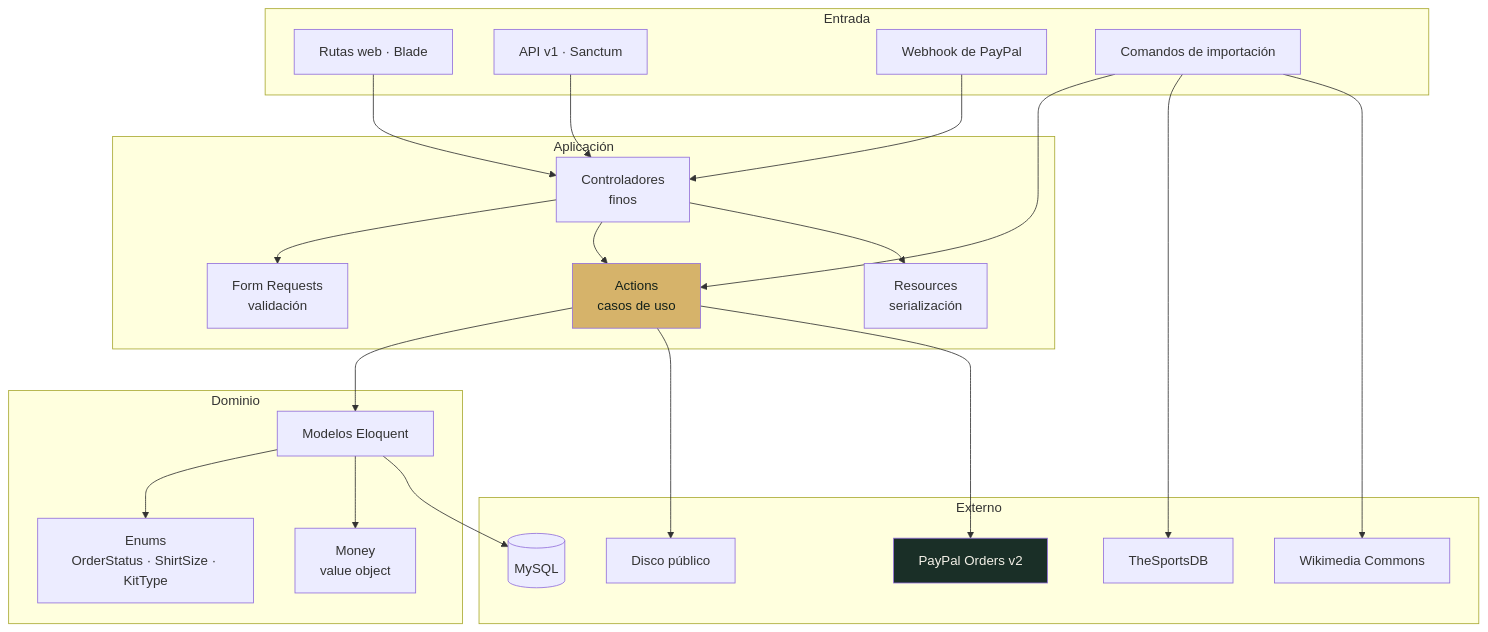
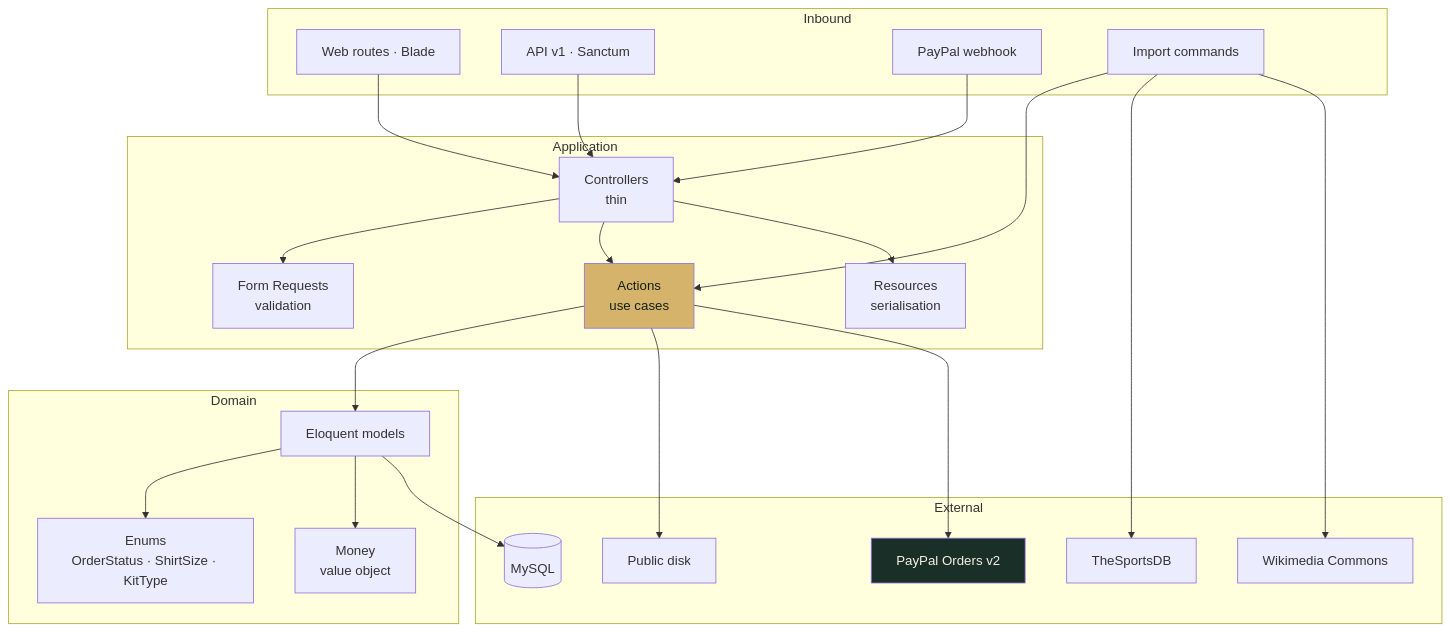
Before and after one commit to Zoel-Manchon/elitewear-xi: the first of 7 diagrams in README.md, drawn with Mermaid. The commit also changed other lines of this file, not shown here.

````diff
--- a/README.md
+++ b/README.md
@@ -164,49 +158,49 @@
 ```mermaid
 graph TD
-    subgraph Entrada
-        WEB[Rutas web · Blade]
+    subgraph Inbound
+        WEB[Web routes · Blade]
         API[API v1 · Sanctum]
-        HOOK[Webhook de PayPal]
-        CLI[Comandos de importación]
+        HOOK[PayPal webhook]
+        CLI[Import commands]
     end
 
-    subgraph Aplicación
-        CTRL[Controladores<br/>finos]
-        REQ[Form Requests<br/>validación]
-        ACT[Actions<br/>casos de uso]
-        RES[Resources<br/>serialización]
+    subgraph Application
+        CTRL[Controllers<br/>thin]
+        REQ[Form Requests<br/>validation]
+        ACT[Actions<br/>use cases]
+        RES[Resources<br/>serialisation]
     end
 
-    subgraph Dominio
-        MOD[Modelos Eloquent]
+    subgraph Domain
+        MOD[Eloquent models]
         ENUM[Enums<br/>OrderStatus · ShirtSize · KitType]
         MONEY[Money<br/>value object]
     end
 
-    subgraph Externo
+    subgraph External
         DB[(MySQL)]
-        DISK[Disco público]
+        DISK[Public disk]
         PP[PayPal Orders v2]
         SDB[TheSportsDB]
         WM[Wikimedia Commons]
     end
 
     WEB --> CTRL
     API --> CTRL
     HOOK --> CTRL
     CLI --> ACT
     CTRL --> REQ
     CTRL --> ACT
     CTRL --> RES
     ACT --> MOD
     MOD --> ENUM
     MOD --> MONEY
     MOD --> DB
     ACT --> DISK
     ACT --> PP
     CLI --> SDB
     CLI --> WM
 
     style ACT fill:#d6b36a,color:#12201a
     style PP fill:#1a2f27,color:#f4f1e8
 ```
````
